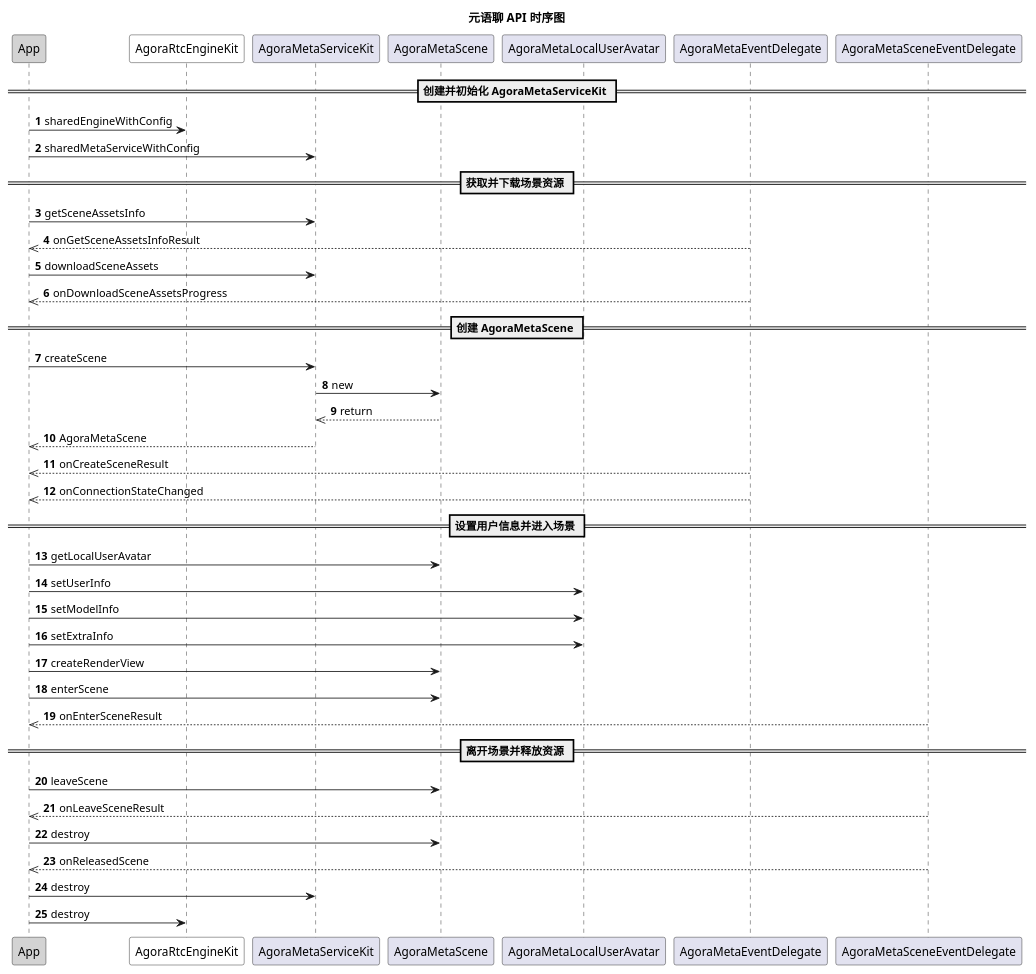
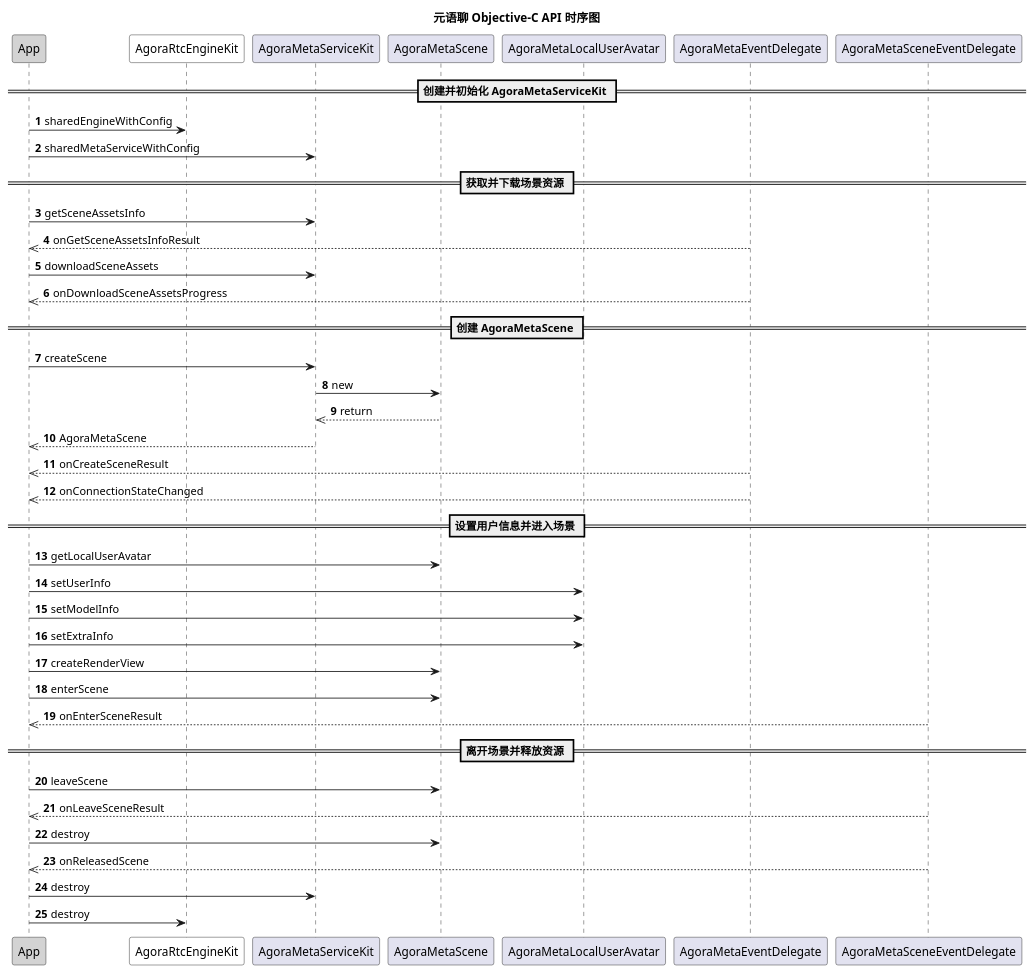
One commit to AgoraIO/agora_doc_source changed the diagram in markdown/metaworld/pic/ios_mc_api.wsd. Above: the diagram before and after it, drawn with PlantUML. The commit also changed 1 other file, not shown here.

Commit message:
[metaworld] update ios sequence

```diff
--- a/markdown/metaworld/pic/ios_mc_api.wsd
+++ b/markdown/metaworld/pic/ios_mc_api.wsd
@@ -1,41 +1,41 @@
 @startuml
 autonumber
-title 元语聊 API 时序图
+title 元语聊 Objective-C API 时序图
 participant "App" as app #LightGrey
 participant "AgoraRtcEngineKit" as rtc #White
 participant "AgoraMetaServiceKit" as service
 participant "AgoraMetaScene" as scene
 participant "AgoraMetaLocalUserAvatar" as avatar
 participant "AgoraMetaEventDelegate" as serviceevent
 participant "AgoraMetaSceneEventDelegate" as sceneevent
 == 创建并初始化 AgoraMetaServiceKit ==
 app -> rtc: sharedEngineWithConfig
 app -> service: sharedMetaServiceWithConfig
 == 获取并下载场景资源 ==
 app -> service: getSceneAssetsInfo
 serviceevent -->> app: onGetSceneAssetsInfoResult
 app -> service: downloadSceneAssets
 serviceevent -->> app: onDownloadSceneAssetsProgress
 == 创建 AgoraMetaScene ==
 app -> service: createScene
 service -> scene: new
 scene -->> service: return
 service -->> app: AgoraMetaScene
 serviceevent -->> app: onCreateSceneResult
 serviceevent -->> app: onConnectionStateChanged
 == 设置用户信息并进入场景 ==
 app -> scene: getLocalUserAvatar
 app -> avatar: setUserInfo
 app -> avatar: setModelInfo
 app -> avatar: setExtraInfo
 app -> scene: createRenderView
 app -> scene: enterScene
 sceneevent -->> app: onEnterSceneResult
 == 离开场景并释放资源 ==
 app -> scene: leaveScene
 sceneevent -->> app: onLeaveSceneResult
 app -> scene: destroy
 sceneevent -->> app: onReleasedScene
 app -> service: destroy
 app -> rtc: destroy
 @enduml
```
